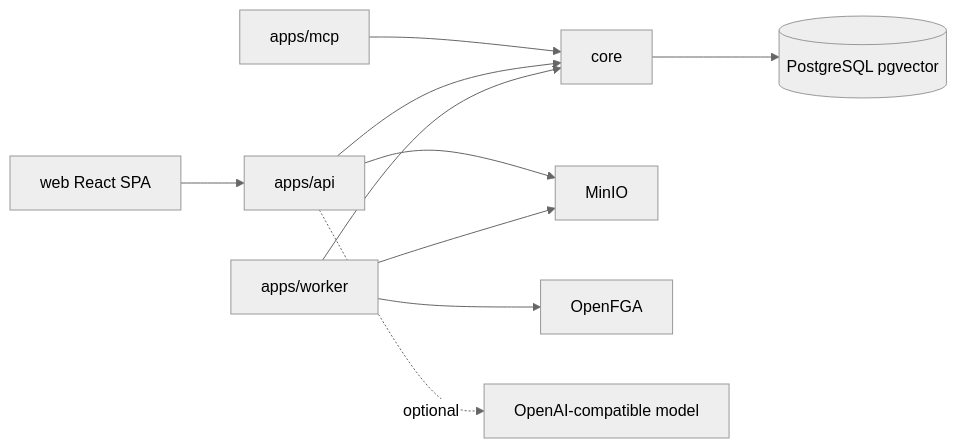
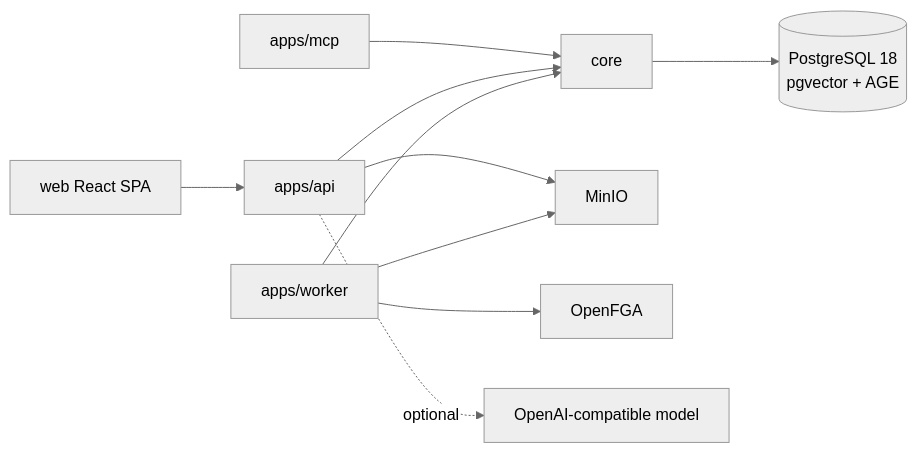
One commit to kl3inIT/OrgMemory changed the diagram in ARCHITECTURE.md. Above: the diagram before and after it, drawn with Mermaid (neutral theme). The commit also changed other lines of this file and 31 other files, not shown here.

Commit message:
Add secure PostgreSQL GraphRAG projection

````diff
--- a/ARCHITECTURE.md
+++ b/ARCHITECTURE.md
@@ -9,12 +9,12 @@
 ```mermaid
 flowchart LR
     WEB[web React SPA] --> API[apps/api]
     MCP[apps/mcp] --> CORE[core]
     API --> CORE
     WORKER[apps/worker] --> CORE
-    CORE --> PG[(PostgreSQL pgvector)]
+    CORE --> PG[(PostgreSQL 18<br/>pgvector + AGE)]
     API --> BLOB[MinIO]
     WORKER --> BLOB
     WORKER --> FGA[OpenFGA]
     API -. optional .-> LLM[OpenAI-compatible model]
 ```
````
